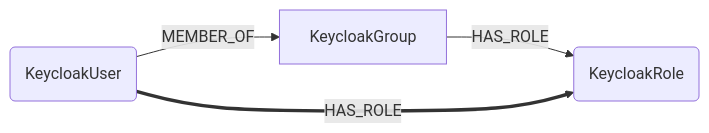
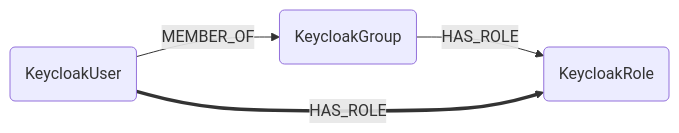
The second of 5 diagrams in docs/root/modules/keycloak/analysis.md (cartography-cncf/cartography), drawn with Mermaid before and after one commit. The commit also changed other lines of this file and 19 other files, not shown here.

First line of the commit message:
feat(docs): include analysis jobs in generated schemas

````diff
--- a/docs/root/modules/keycloak/analysis.md
+++ b/docs/root/modules/keycloak/analysis.md
@@ -44,6 +29,6 @@
 ```mermaid
 graph LR
-    U(KeycloakUser) -- MEMBER_OF --> G[KeycloakGroup]
+    U(KeycloakUser) -- MEMBER_OF --> G(KeycloakGroup)
     G -- HAS_ROLE --> R(KeycloakRole)
     U == HAS_ROLE ==> R
 ```
````
